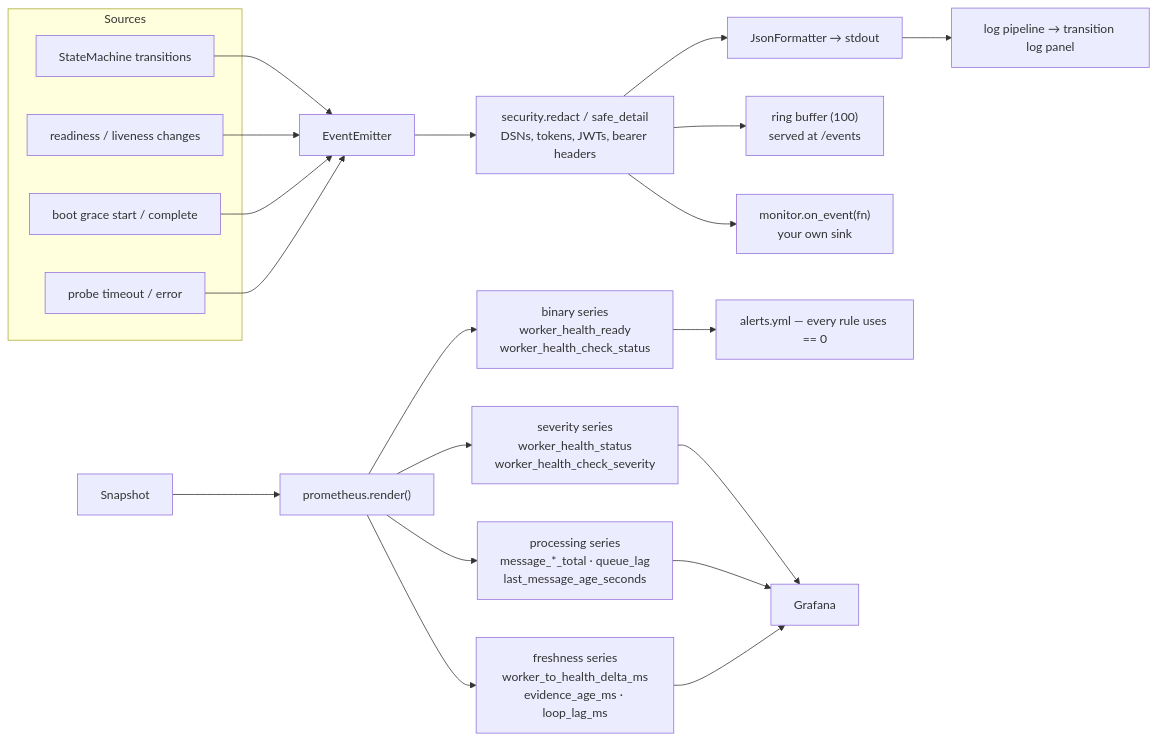
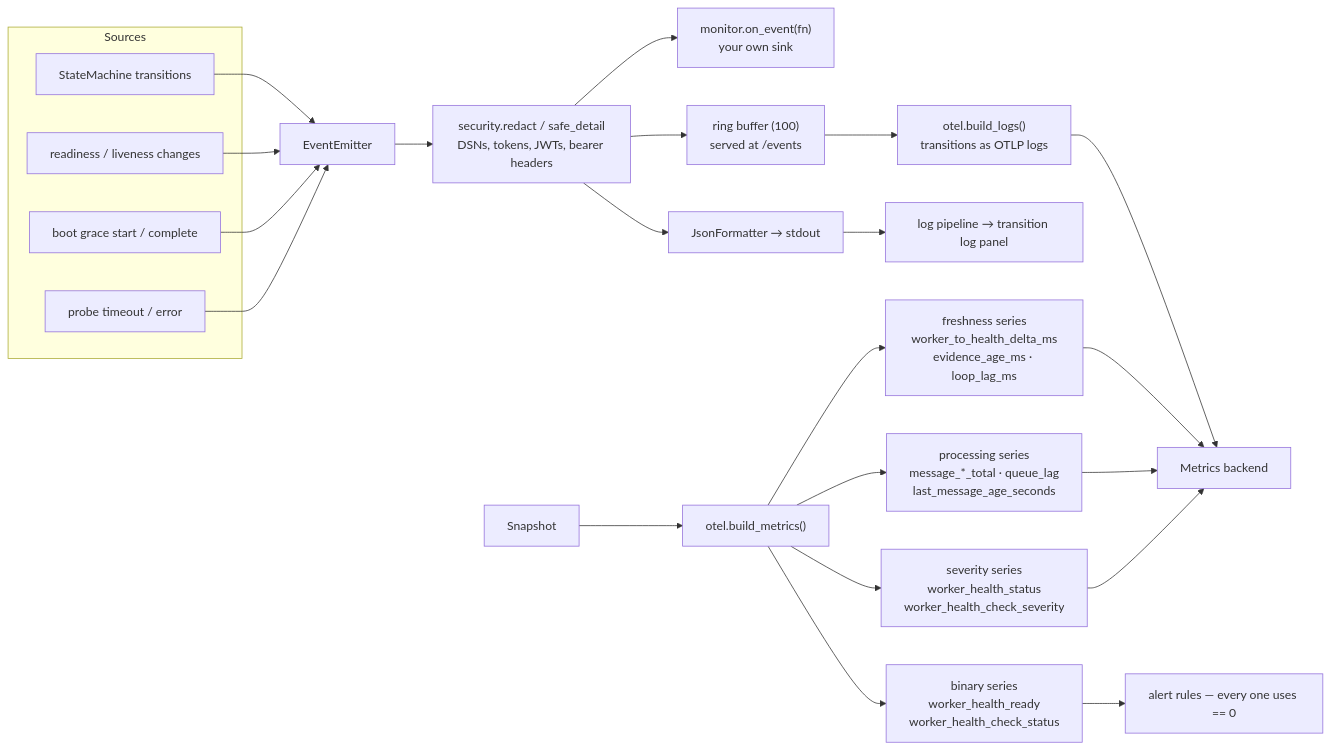
Diagram 14 of 15 in docs/ARCHITECTURE.md (3dwag98/health-mon), drawn with Mermaid before and after one commit. The commit also changed other lines of this file and 52 other files, not shown here.

````diff
--- a/docs/ARCHITECTURE.md
+++ b/docs/ARCHITECTURE.md
@@ -718,28 +721,29 @@
 ```mermaid
 flowchart LR
     subgraph inputs["Sources"]
         TR["StateMachine transitions"]
         RE["readiness / liveness changes"]
         BO["boot grace start / complete"]
         PR["probe timeout / error"]
     end
 
     TR & RE & BO & PR --> EM["EventEmitter"]
 
     EM --> RED["security.redact / safe_detail<br/>DSNs, tokens, JWTs, bearer headers"]
     RED --> J["JsonFormatter → stdout"]
     RED --> RING["ring buffer (100)<br/>served at /events"]
     RED --> SUB["monitor.on_event(fn)<br/>your own sink"]
 
-    SNAP["Snapshot"] --> PROM["prometheus.render()"]
-    PROM --> BIN["binary series<br/>worker_health_ready<br/>worker_health_check_status"]
-    PROM --> SEV["severity series<br/>worker_health_status<br/>worker_health_check_severity"]
-    PROM --> MSG["processing series<br/>message_*_total · queue_lag<br/>last_message_age_seconds"]
-    PROM --> FRESH["freshness series<br/>worker_to_health_delta_ms<br/>evidence_age_ms · loop_lag_ms"]
+    SNAP["Snapshot"] --> OTLP["otel.build_metrics()"]
+    OTLP --> BIN["binary series<br/>worker_health_ready<br/>worker_health_check_status"]
+    OTLP --> SEV["severity series<br/>worker_health_status<br/>worker_health_check_severity"]
+    OTLP --> MSG["processing series<br/>message_*_total · queue_lag<br/>last_message_age_seconds"]
+    OTLP --> FRESH["freshness series<br/>worker_to_health_delta_ms<br/>evidence_age_ms · loop_lag_ms"]
 
-    BIN --> ALERTS["alerts.yml — every rule uses == 0"]
-    SEV --> DASH["Grafana"]
+    BIN --> ALERTS["alert rules — every one uses == 0"]
+    SEV --> DASH["Metrics backend"]
     MSG --> DASH
     FRESH --> DASH
+    RING --> OTLPL["otel.build_logs()<br/>transitions as OTLP logs"] --> DASH
     J --> LOKI["log pipeline → transition log panel"]
 ```
````
